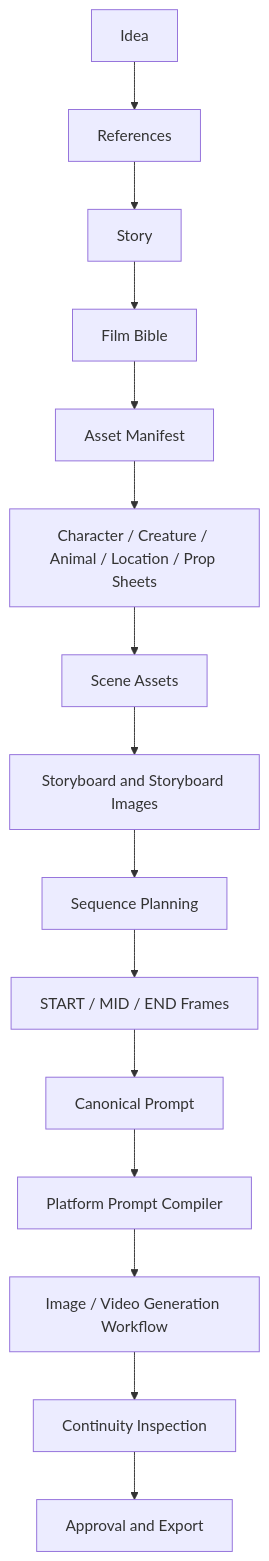
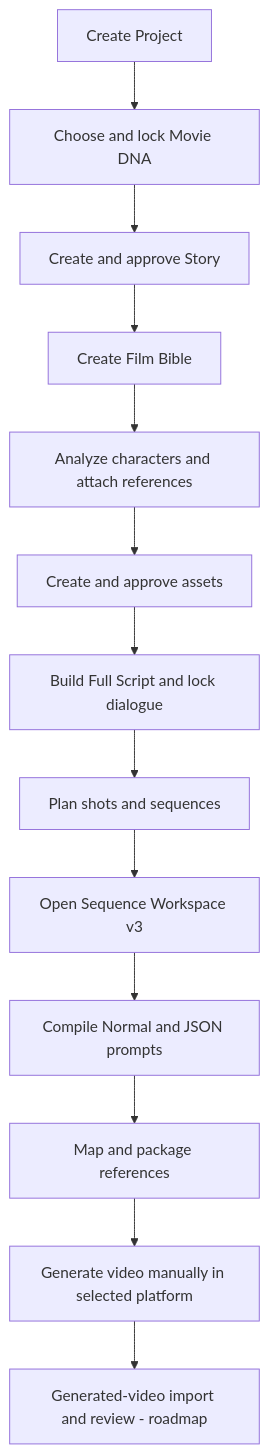
One commit to momorzq-oss/Continuity-Studio changed the diagram in README.md. Above: the diagram before and after it, drawn with Mermaid. The commit also changed other lines of this file and 154 other files, not shown here.

````diff
--- a/README.md
+++ b/README.md
@@ -15,17 +39,15 @@
 ```mermaid
 flowchart TD
-  A[Idea] --> B[References]
-  B --> C[Story]
-  C --> D[Film Bible]
-  D --> E[Asset Manifest]
-  E --> F[Character / Creature / Animal / Location / Prop Sheets]
-  F --> G[Scene Assets]
-  G --> H[Storyboard and Storyboard Images]
-  H --> I[Sequence Planning]
-  I --> J[START / MID / END Frames]
-  J --> K[Canonical Prompt]
-  K --> L[Platform Prompt Compiler]
-  L --> M[Image / Video Generation Workflow]
-  M --> N[Continuity Inspection]
-  N --> O[Approval and Export]
+  A[Create Project] --> B[Choose and lock Movie DNA]
+  B --> C[Create and approve Story]
+  C --> D[Create Film Bible]
+  D --> E[Analyze characters and attach references]
+  E --> F[Create and approve assets]
+  F --> G[Build Full Script and lock dialogue]
+  G --> H[Plan shots and sequences]
+  H --> I[Open Sequence Workspace v3]
+  I --> J[Compile Normal and JSON prompts]
+  J --> K[Map and package references]
+  K --> L[Generate video manually in selected platform]
+  L --> M[Generated-video import and review - roadmap]
 ```
````
